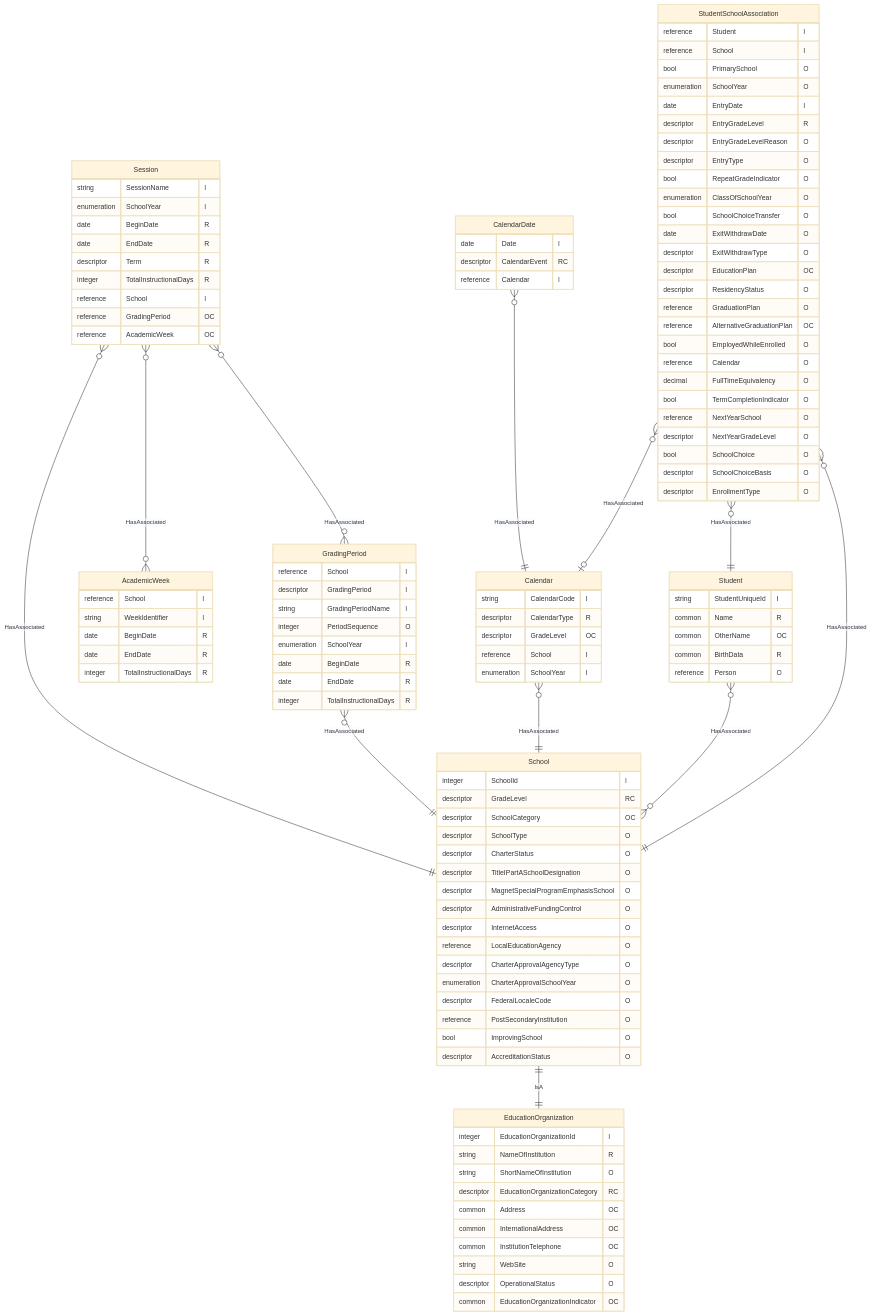
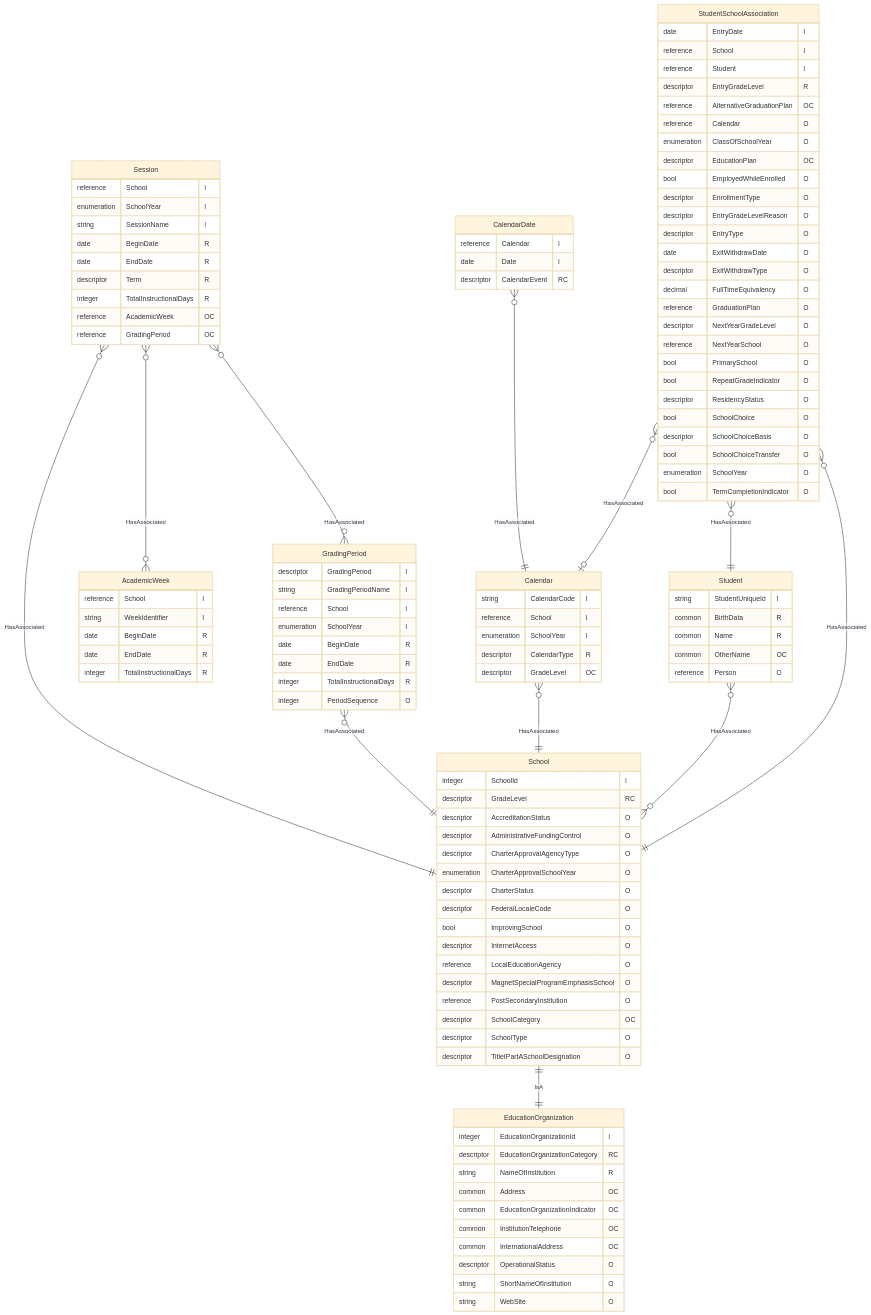
Before and after one commit to Ed-Fi-Alliance-OSS/ed-fi-alliance-oss.github.io: the diagram in dataStandard_versioned_docs/version-6/model-reference/school-calendar-domain/SchoolCalendar.mmd, drawn with Mermaid (base theme). The commit also changed other lines of this file, not shown here.

First line of the commit message:
[DATASTD-2630] Reorder School Calendar UML attributes to list identities at the top

```diff
--- a/dataStandard_versioned_docs/version-6/model-reference/school-calendar-domain/SchoolCalendar.mmd
+++ b/dataStandard_versioned_docs/version-6/model-reference/school-calendar-domain/SchoolCalendar.mmd
@@ -1,117 +1,117 @@
 erDiagram
     Session {
+        reference School "I"
+        enumeration SchoolYear "I"
         string SessionName "I"
-        enumeration SchoolYear "I"
         date BeginDate "R"
         date EndDate "R"
         descriptor Term "R"
         integer TotalInstructionalDays "R"
-        reference School "I"
+        reference AcademicWeek "OC"
         reference GradingPeriod "OC"
-        reference AcademicWeek "OC"
     }
     GradingPeriod {
-        reference School "I"
         descriptor GradingPeriod "I"
         string GradingPeriodName "I"
-        integer PeriodSequence "O"
+        reference School "I"
         enumeration SchoolYear "I"
         date BeginDate "R"
         date EndDate "R"
         integer TotalInstructionalDays "R"
+        integer PeriodSequence "O"
     }
     AcademicWeek {
         reference School "I"
         string WeekIdentifier "I"
         date BeginDate "R"
         date EndDate "R"
         integer TotalInstructionalDays "R"
     }
     Calendar {
         string CalendarCode "I"
+        reference School "I"
+        enumeration SchoolYear "I"
         descriptor CalendarType "R"
         descriptor GradeLevel "OC"
-        reference School "I"
-        enumeration SchoolYear "I"
     }
     CalendarDate {
+        reference Calendar "I"
         date Date "I"
         descriptor CalendarEvent "RC"
-        reference Calendar "I"
     }
     StudentSchoolAssociation {
+        date EntryDate "I"
+        reference School "I"
         reference Student "I"
-        reference School "I"
-        bool PrimarySchool "O"
-        enumeration SchoolYear "O"
-        date EntryDate "I"
         descriptor EntryGradeLevel "R"
+        reference AlternativeGraduationPlan "OC"
+        reference Calendar "O"
+        enumeration ClassOfSchoolYear "O"
+        descriptor EducationPlan "OC"
+        bool EmployedWhileEnrolled "O"
+        descriptor EnrollmentType "O"
         descriptor EntryGradeLevelReason "O"
         descriptor EntryType "O"
-        bool RepeatGradeIndicator "O"
-        enumeration ClassOfSchoolYear "O"
-        bool SchoolChoiceTransfer "O"
         date ExitWithdrawDate "O"
         descriptor ExitWithdrawType "O"
-        descriptor EducationPlan "OC"
+        decimal FullTimeEquivalency "O"
+        reference GraduationPlan "O"
+        descriptor NextYearGradeLevel "O"
+        reference NextYearSchool "O"
+        bool PrimarySchool "O"
+        bool RepeatGradeIndicator "O"
         descriptor ResidencyStatus "O"
-        reference GraduationPlan "O"
-        reference AlternativeGraduationPlan "OC"
-        bool EmployedWhileEnrolled "O"
-        reference Calendar "O"
-        decimal FullTimeEquivalency "O"
-        bool TermCompletionIndicator "O"
-        reference NextYearSchool "O"
-        descriptor NextYearGradeLevel "O"
         bool SchoolChoice "O"
         descriptor SchoolChoiceBasis "O"
-        descriptor EnrollmentType "O"
+        bool SchoolChoiceTransfer "O"
+        enumeration SchoolYear "O"
+        bool TermCompletionIndicator "O"
     }
     Student {
         string StudentUniqueId "I"
+        common BirthData "R"
         common Name "R"
         common OtherName "OC"
-        common BirthData "R"
         reference Person "O"
     }
     EducationOrganization {
         integer EducationOrganizationId "I"
+        descriptor EducationOrganizationCategory "RC"
         string NameOfInstitution "R"
+        common Address "OC"
+        common EducationOrganizationIndicator "OC"
+        common InstitutionTelephone "OC"
+        common InternationalAddress "OC"
+        descriptor OperationalStatus "O"
         string ShortNameOfInstitution "O"
-        descriptor EducationOrganizationCategory "RC"
-        common Address "OC"
-        common InternationalAddress "OC"
-        common InstitutionTelephone "OC"
         string WebSite "O"
-        descriptor OperationalStatus "O"
-        common EducationOrganizationIndicator "OC"
     }
     School {
         integer SchoolId "I"
         descriptor GradeLevel "RC"
+        descriptor AccreditationStatus "O"
+        descriptor AdministrativeFundingControl "O"
+        descriptor CharterApprovalAgencyType "O"
+        enumeration CharterApprovalSchoolYear "O"
+        descriptor CharterStatus "O"
+        descriptor FederalLocaleCode "O"
+        bool ImprovingSchool "O"
+        descriptor InternetAccess "O"
+        reference LocalEducationAgency "O"
+        descriptor MagnetSpecialProgramEmphasisSchool "O"
+        reference PostSecondaryInstitution "O"
         descriptor SchoolCategory "OC"
         descriptor SchoolType "O"
-        descriptor CharterStatus "O"
         descriptor TitleIPartASchoolDesignation "O"
-        descriptor MagnetSpecialProgramEmphasisSchool "O"
-        descriptor AdministrativeFundingControl "O"
-        descriptor InternetAccess "O"
-        reference LocalEducationAgency "O"
-        descriptor CharterApprovalAgencyType "O"
-        enumeration CharterApprovalSchoolYear "O"
-        descriptor FederalLocaleCode "O"
-        reference PostSecondaryInstitution "O"
-        bool ImprovingSchool "O"
-        descriptor AccreditationStatus "O"
     }
     Session }o--o{ AcademicWeek : "HasAssociated"
     Session }o--|| School : "HasAssociated"
     Session }o--o{ GradingPeriod : "HasAssociated"
     GradingPeriod }o--|| School : "HasAssociated"
     CalendarDate }o--|| Calendar : "HasAssociated"
     Calendar }o--|| School : "HasAssociated"
     Student }o--o{ School : "HasAssociated"
     School ||--|| EducationOrganization : "IsA"
     StudentSchoolAssociation }o--o| Calendar : "HasAssociated"
     StudentSchoolAssociation }o--|| School : "HasAssociated"
     StudentSchoolAssociation }o--|| Student : "HasAssociated"
```
